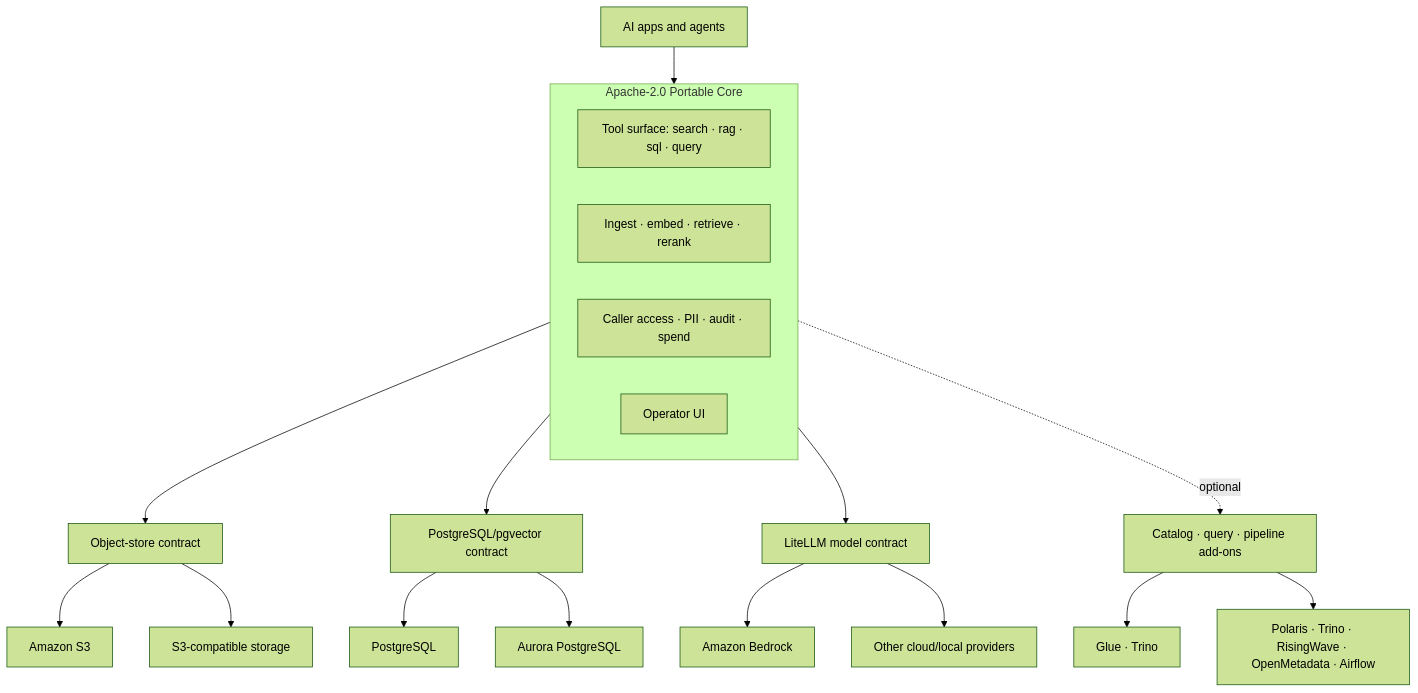
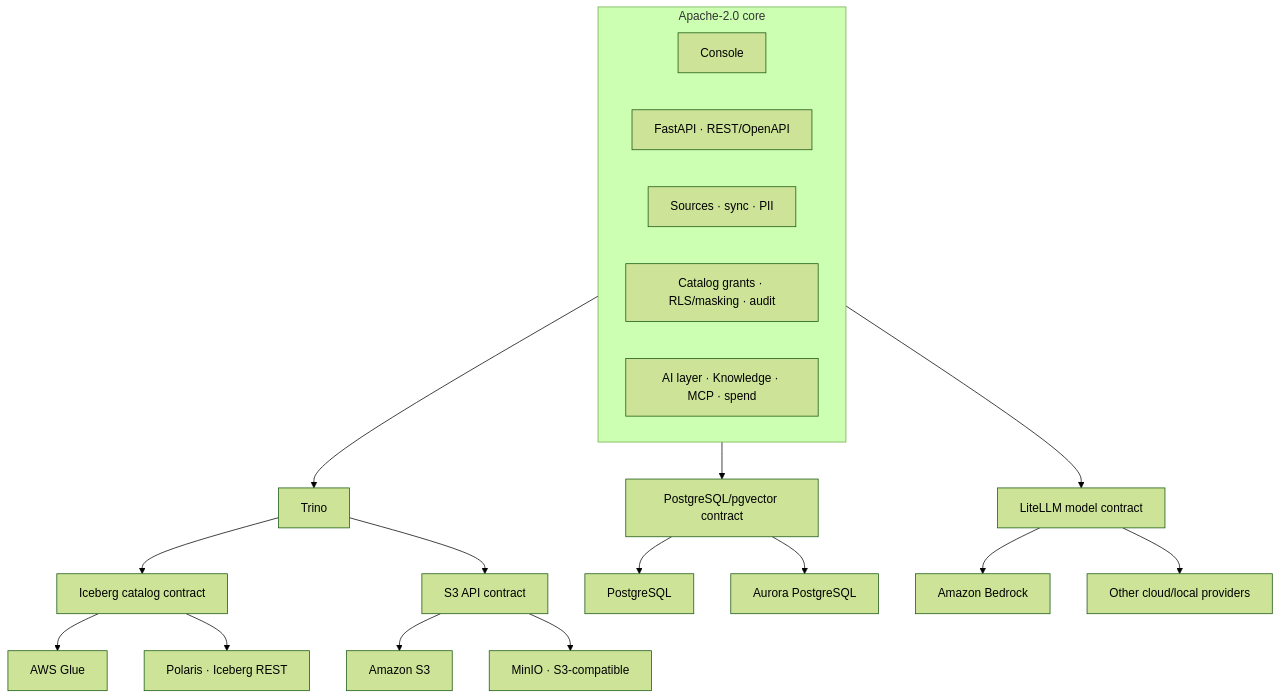
One commit to lukesgood/datapond changed the second of 2 diagrams in README.md. Above: the diagram before and after it, drawn with Mermaid (forest theme). The commit also changed other lines of this file and 11 other files, not shown here.

First line of the commit message:
docs: positioning v7 — a lightweight open lakehouse for small and mid-size teams on AWS (chart 2.6.0)

````diff
--- a/README.md
+++ b/README.md
@@ -48,25 +45,25 @@
 ```mermaid
 flowchart TB
-    APP[AI apps and agents] --> CORE
-
-    subgraph CORE[Apache-2.0 Portable Core]
-      API[Tool surface: search · rag · sql · query]
-      PIPE[Ingest · embed · retrieve · rerank]
-      GOV[Caller access · PII · audit · spend]
-      UI[Operator UI]
+    subgraph CORE[Apache-2.0 core]
+      UI[Console]
+      API[FastAPI · REST/OpenAPI]
+      ING[Sources · sync · PII]
+      GOV[Catalog grants · RLS/masking · audit]
+      AIL[AI layer · Knowledge · MCP · spend]
     end
 
-    CORE --> OBJ[Object-store contract]
+    CORE --> ENGINE[Trino]
+    ENGINE --> CATALOG[Iceberg catalog contract]
+    ENGINE --> OBJ[S3 API contract]
     CORE --> DB[PostgreSQL/pgvector contract]
     CORE --> LLM[LiteLLM model contract]
-    CORE -. optional .-> DATA[Catalog · query · pipeline add-ons]
 
+    CATALOG --> GLUE[AWS Glue]
+    CATALOG --> REST[Polaris · Iceberg REST]
     OBJ --> S3[Amazon S3]
-    OBJ --> S3C[S3-compatible storage]
+    OBJ --> S3C[MinIO · S3-compatible]
     DB --> PG[PostgreSQL]
     DB --> AUR[Aurora PostgreSQL]
     LLM --> BR[Amazon Bedrock]
     LLM --> OTHER[Other cloud/local providers]
-    DATA --> AWS[Glue · Trino]
-    DATA --> OSS[Polaris · Trino · RisingWave · OpenMetadata · Airflow]
 ```
````
